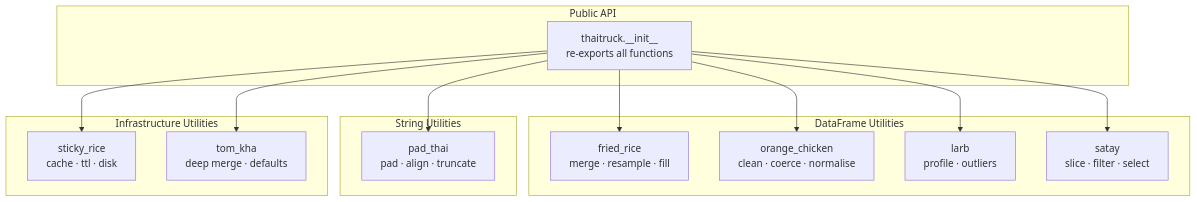
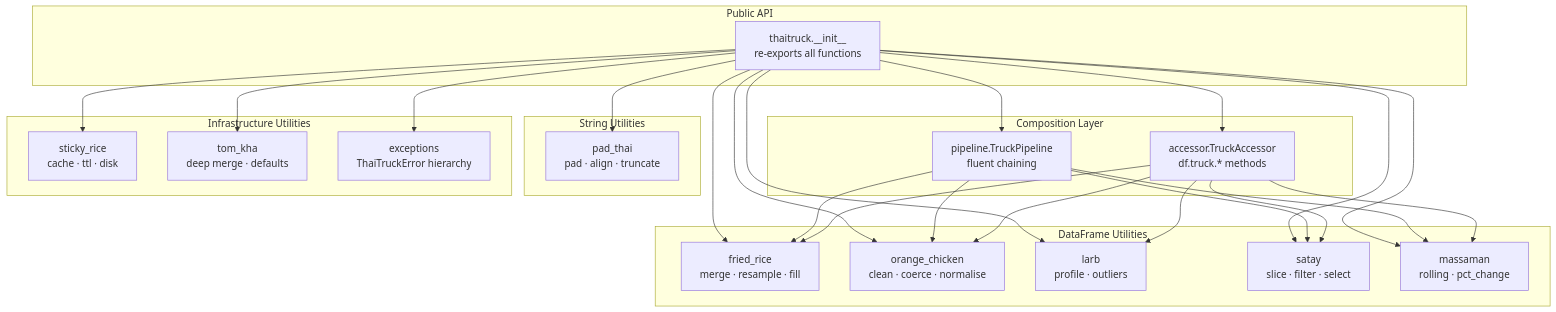
The second of 4 diagrams in ARCHITECTURE.md (sgtidwellgit/ThaiTruck), drawn with Mermaid before and after one commit. The commit also changed other lines of this file and 15 other files, not shown here.

First line of the commit message:
Add massaman, TruckPipeline, df.truck accessor, and custom exceptions

````diff
--- a/ARCHITECTURE.md
+++ b/ARCHITECTURE.md
@@ -89,26 +133,37 @@
 ```mermaid
 graph TD
     subgraph Public API
         INIT[thaitruck.__init__<br/>re-exports all functions]
+    end
+
+    subgraph Composition Layer
+        PIPE[pipeline.TruckPipeline<br/>fluent chaining]
+        ACC[accessor.TruckAccessor<br/>df.truck.* methods]
     end
 
     subgraph DataFrame Utilities
         FR[fried_rice<br/>merge · resample · fill]
         OC[orange_chicken<br/>clean · coerce · normalise]
         LB[larb<br/>profile · outliers]
         ST[satay<br/>slice · filter · select]
+        MM[massaman<br/>rolling · pct_change]
     end
 
     subgraph String Utilities
         PT[pad_thai<br/>pad · align · truncate]
     end
 
     subgraph Infrastructure Utilities
         SR[sticky_rice<br/>cache · ttl · disk]
         TK[tom_kha<br/>deep merge · defaults]
+        EX[exceptions<br/>ThaiTruckError hierarchy]
     end
 
-    INIT --> FR & OC & LB & ST
+    INIT --> PIPE & ACC
+    INIT --> FR & OC & LB & ST & MM
     INIT --> PT
-    INIT --> SR & TK
+    INIT --> SR & TK & EX
+
+    PIPE --> FR & OC & ST & MM
+    ACC --> FR & OC & LB & ST & MM
 ```
````
